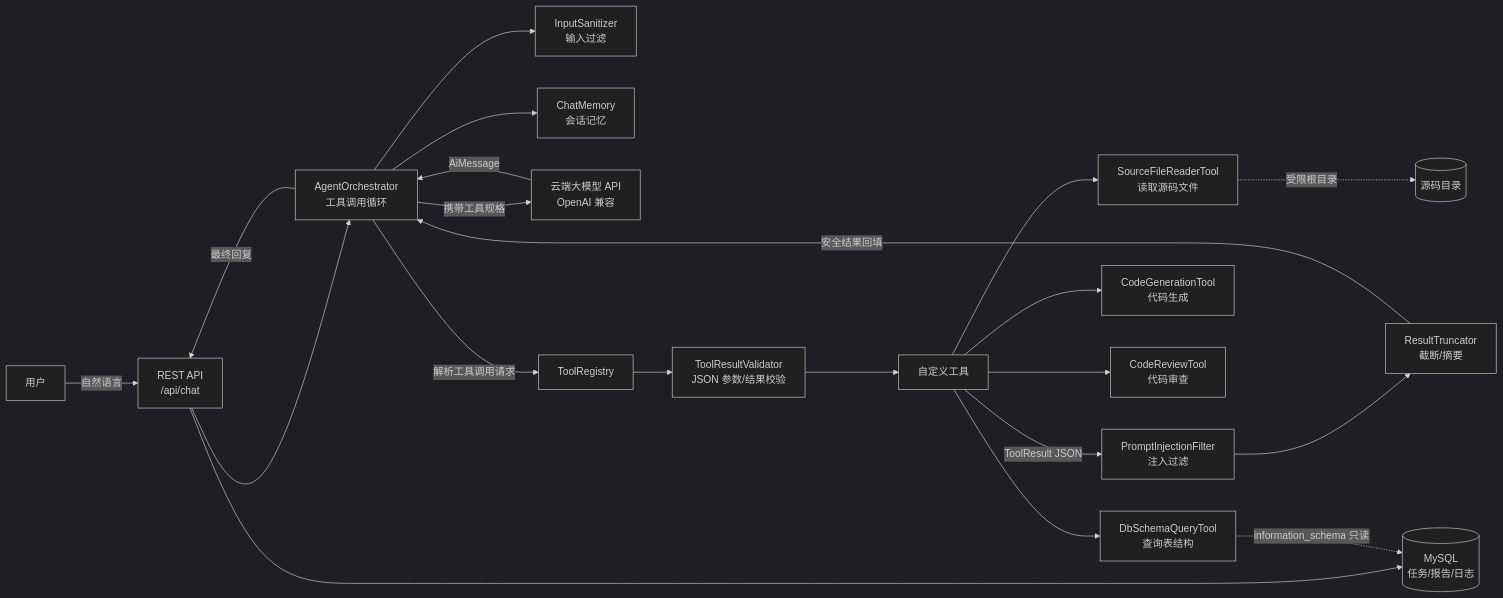
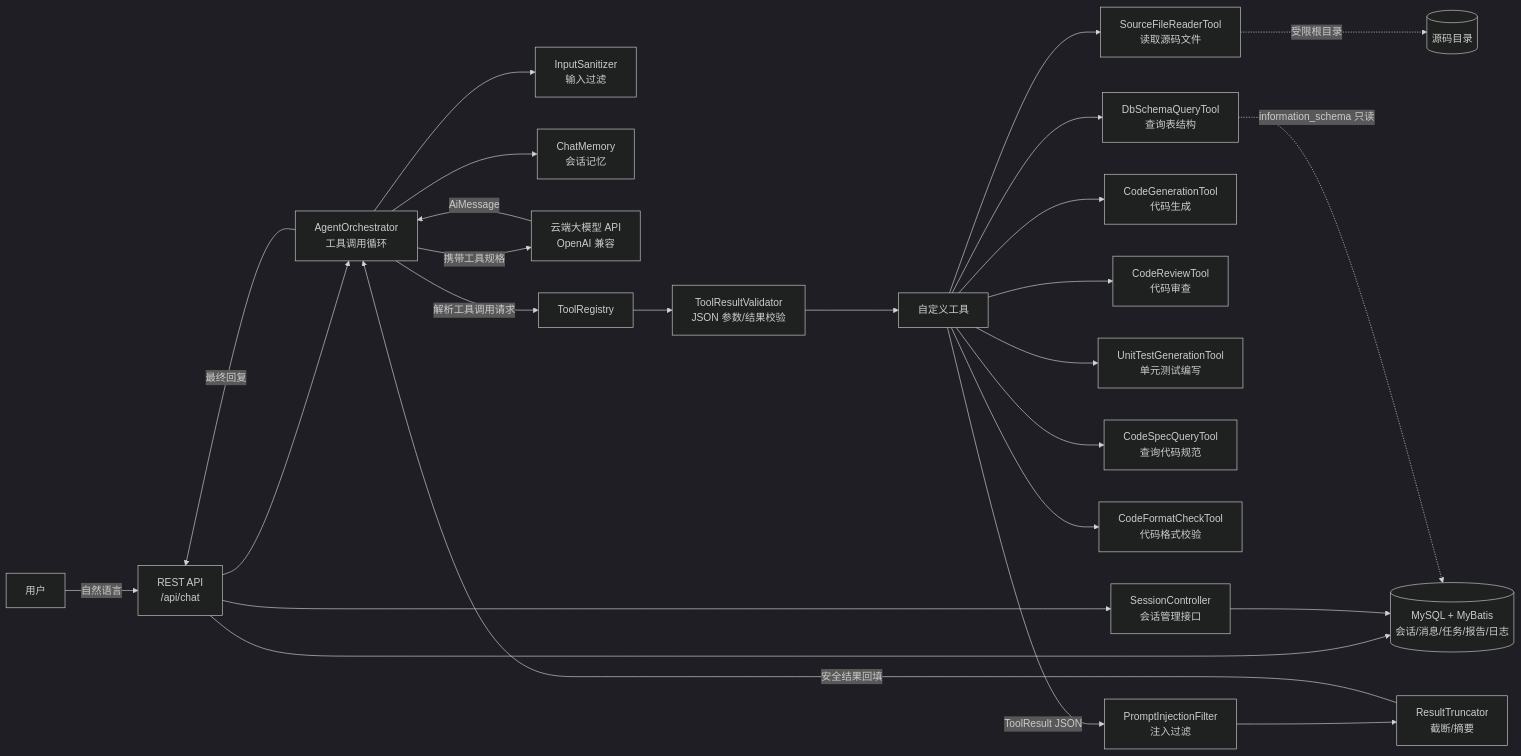
The diagram in README.md (Woyuda2023/RAG-ai), drawn with Mermaid (dark theme) before and after one commit. The commit also changed other lines of this file and 36 other files, not shown here.

````diff
--- a/README.md
+++ b/README.md
@@ -23,23 +26,28 @@
 ```mermaid
 flowchart LR
     U[用户] -->|自然语言| API[REST API<br/>/api/chat]
     API --> ORC[AgentOrchestrator<br/>工具调用循环]
     ORC --> SAN[InputSanitizer<br/>输入过滤]
     ORC --> MEM[ChatMemory<br/>会话记忆]
     ORC -->|携带工具规格| LLM[云端大模型 API<br/>OpenAI 兼容]
     LLM -->|AiMessage| ORC
     ORC -->|解析工具调用请求| REG[ToolRegistry]
     REG --> VAL[ToolResultValidator<br/>JSON 参数/结果校验]
     VAL --> TOOL[自定义工具]
     TOOL --> SRC[SourceFileReaderTool<br/>读取源码文件]
     TOOL --> DB[DbSchemaQueryTool<br/>查询表结构]
     TOOL --> GEN[CodeGenerationTool<br/>代码生成]
     TOOL --> REV[CodeReviewTool<br/>代码审查]
+    TOOL --> UT[UnitTestGenerationTool<br/>单元测试编写]
+    TOOL --> SPEC[CodeSpecQueryTool<br/>查询代码规范]
+    TOOL --> FMT[CodeFormatCheckTool<br/>代码格式校验]
     TOOL -->|ToolResult JSON| FILT[PromptInjectionFilter<br/>注入过滤]
     FILT --> TRUNC[ResultTruncator<br/>截断/摘要]
     TRUNC -->|安全结果回填| ORC
     ORC -->|最终回复| API
-    API --> MYSQL[(MySQL<br/>任务/报告/日志)]
+    API --> MYSQL[(MySQL + MyBatis<br/>会话/消息/任务/报告/日志)]
+    API --> SESS[SessionController<br/>会话管理接口]
+    SESS --> MYSQL
     SRC -.->|受限根目录| FS[(源码目录)]
     DB -.->|information_schema 只读| MYSQL
 ```
````
